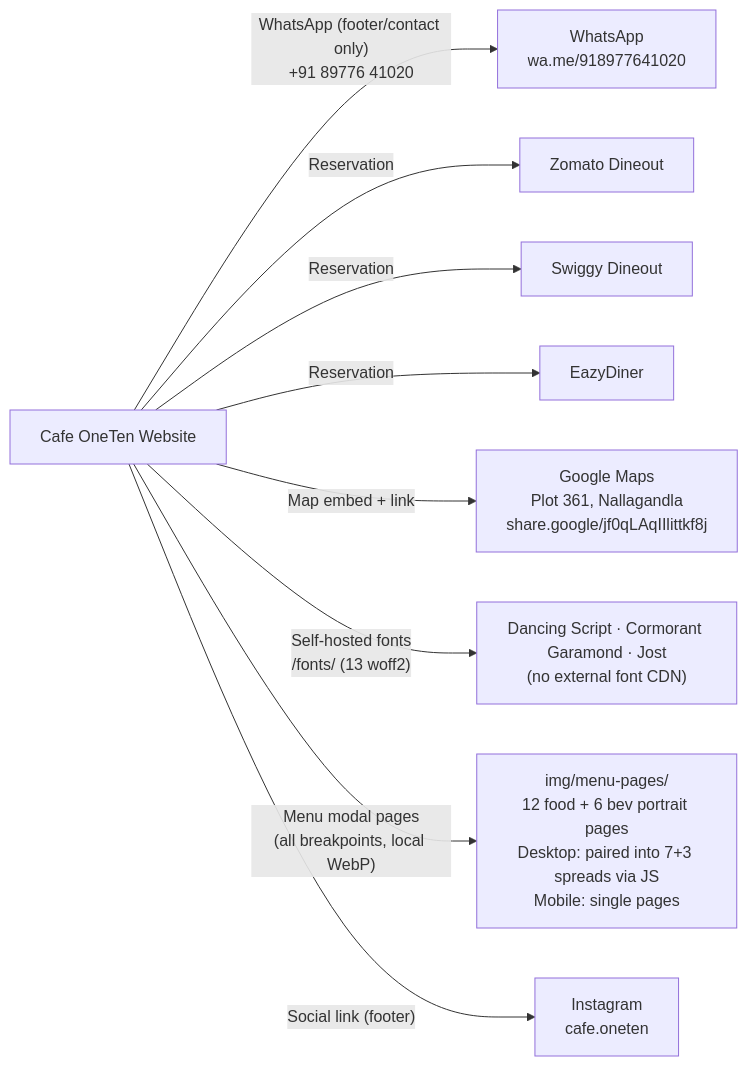
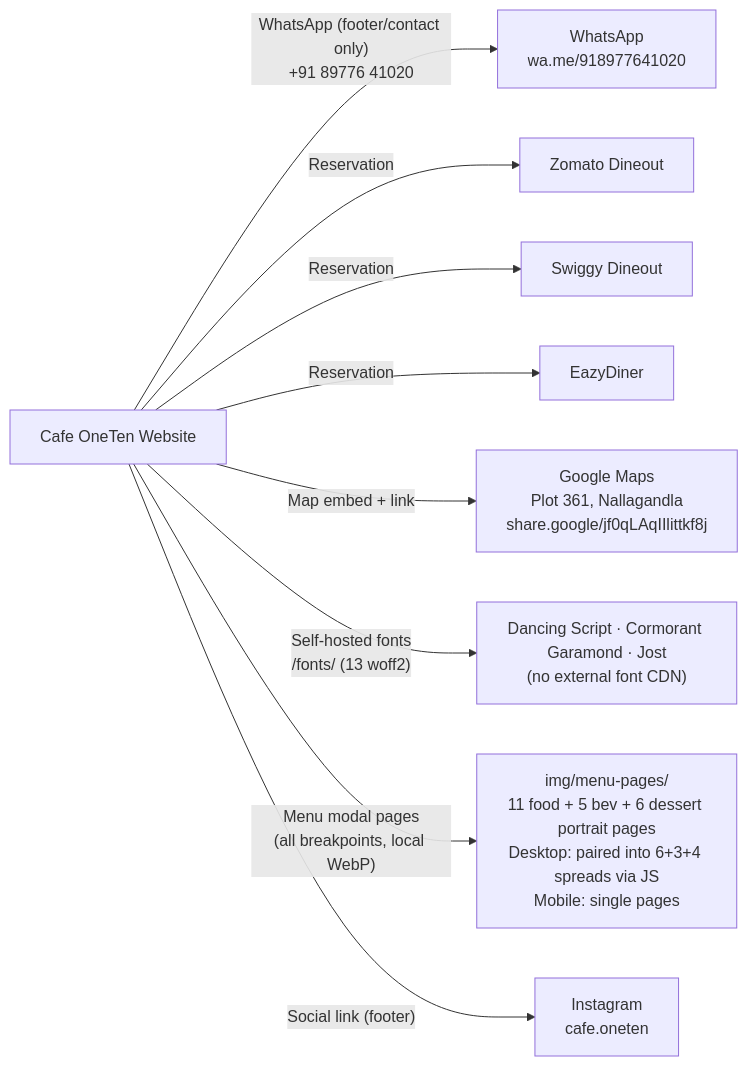
One commit to mahesh9403/Cafe-110-v2 changed the seventh of 7 diagrams in SITEMAP.md. Above: the diagram before and after it, drawn with Mermaid. The commit also changed other lines of this file and 71 other files, not shown here.

````diff
--- a/SITEMAP.md
+++ b/SITEMAP.md
@@ -296,13 +297,13 @@
 ```mermaid
 graph LR
     SITE["Cafe OneTen Website"]
 
     SITE -->|"WhatsApp (footer/contact only)\n+91 89776 41020"| WA["WhatsApp\nwa.me/918977641020"]
     SITE -->|"Reservation"| ZOM["Zomato Dineout"]
     SITE -->|"Reservation"| SWI["Swiggy Dineout"]
     SITE -->|"Reservation"| EZD["EazyDiner"]
     SITE -->|"Map embed + link"| GMAP["Google Maps\nPlot 361, Nallagandla\nshare.google/jf0qLAqIIlittkf8j"]
     SITE -->|"Self-hosted fonts\n/fonts/ (13 woff2)"| FONTS["Dancing Script · Cormorant Garamond · Jost\n(no external font CDN)"]
-    SITE -->|"Menu modal pages\n(all breakpoints, local WebP)"| MPAGES["img/menu-pages/\n12 food + 6 bev portrait pages\nDesktop: paired into 7+3 spreads via JS\nMobile: single pages"]
+    SITE -->|"Menu modal pages\n(all breakpoints, local WebP)"| MPAGES["img/menu-pages/\n11 food + 5 bev + 6 dessert portrait pages\nDesktop: paired into 6+3+4 spreads via JS\nMobile: single pages"]
     SITE -->|"Social link (footer)"| IG["Instagram\ncafe.oneten"]
 ```
````
